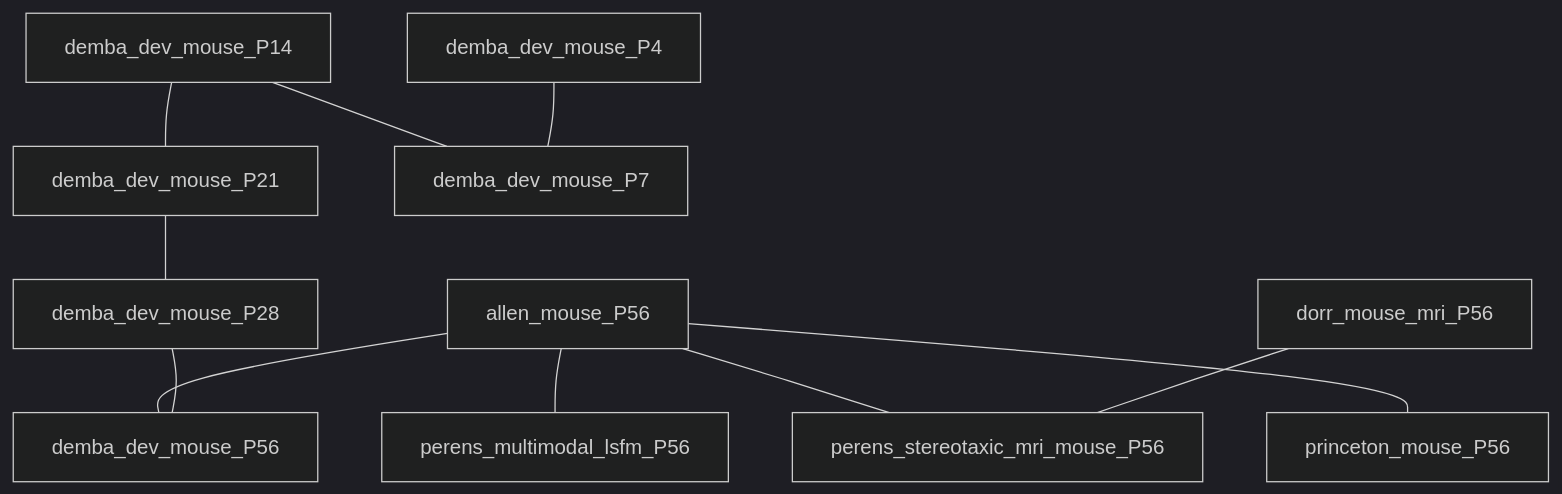
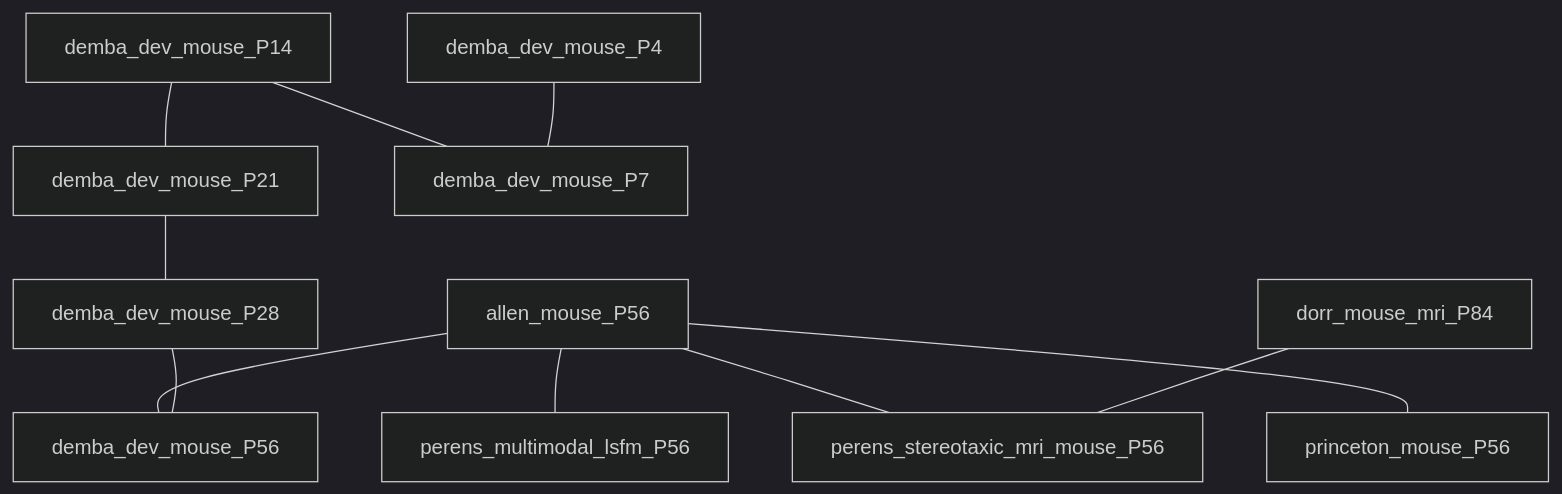
Before and after one commit to brainglobe/brainglobe-ccf-translator: the diagram in README.md, drawn with Mermaid (dark theme). The commit also changed other lines of this file and 3 other files, not shown here.

````diff
--- a/README.md
+++ b/README.md
@@ -11,13 +11,13 @@
 ```mermaid
 graph TD
     allen_mouse_P56 --- demba_dev_mouse_P56
     allen_mouse_P56 --- perens_multimodal_lsfm_P56
     allen_mouse_P56 --- perens_stereotaxic_mri_mouse_P56
     allen_mouse_P56 --- princeton_mouse_P56
     demba_dev_mouse_P14 --- demba_dev_mouse_P21
     demba_dev_mouse_P14 --- demba_dev_mouse_P7
     demba_dev_mouse_P21 --- demba_dev_mouse_P28
     demba_dev_mouse_P28 --- demba_dev_mouse_P56
     demba_dev_mouse_P4 --- demba_dev_mouse_P7
-    dorr_mouse_mri_P56 --- perens_stereotaxic_mri_mouse_P56
+    dorr_mouse_mri_P84 --- perens_stereotaxic_mri_mouse_P56
 ```
````
